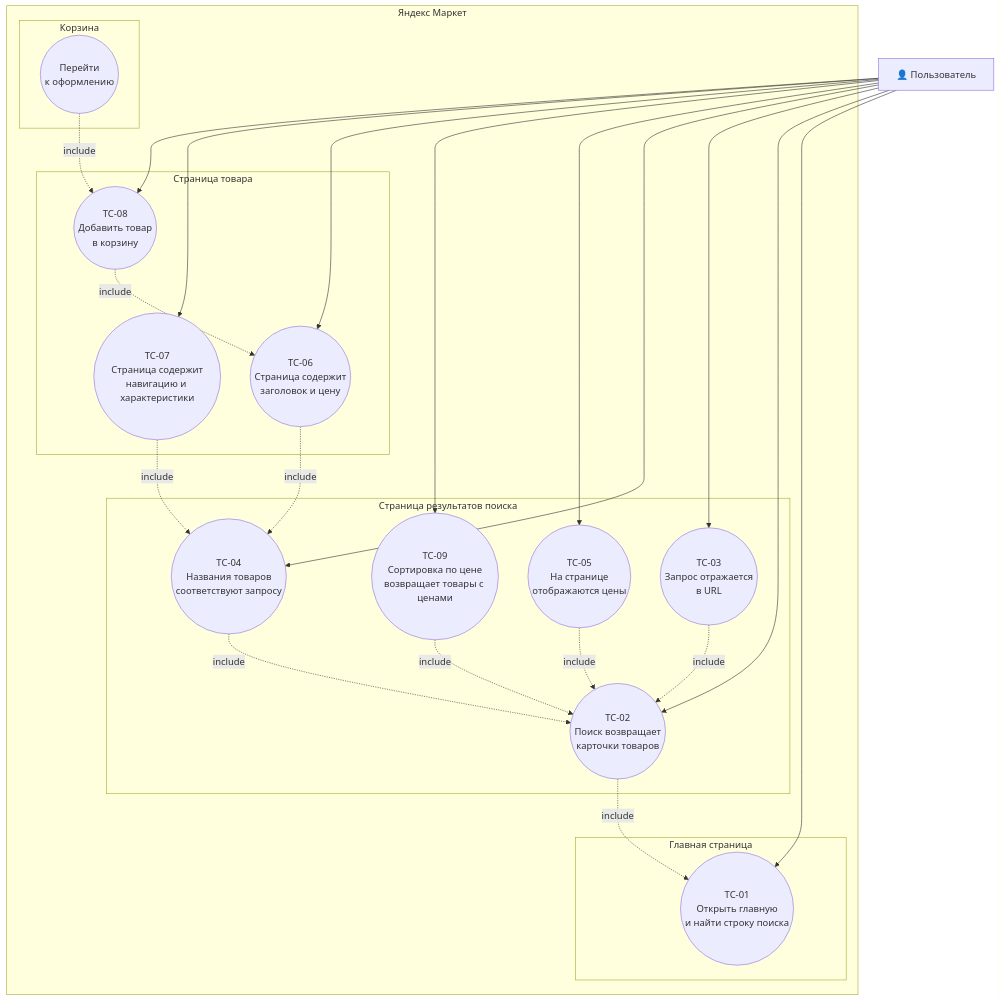
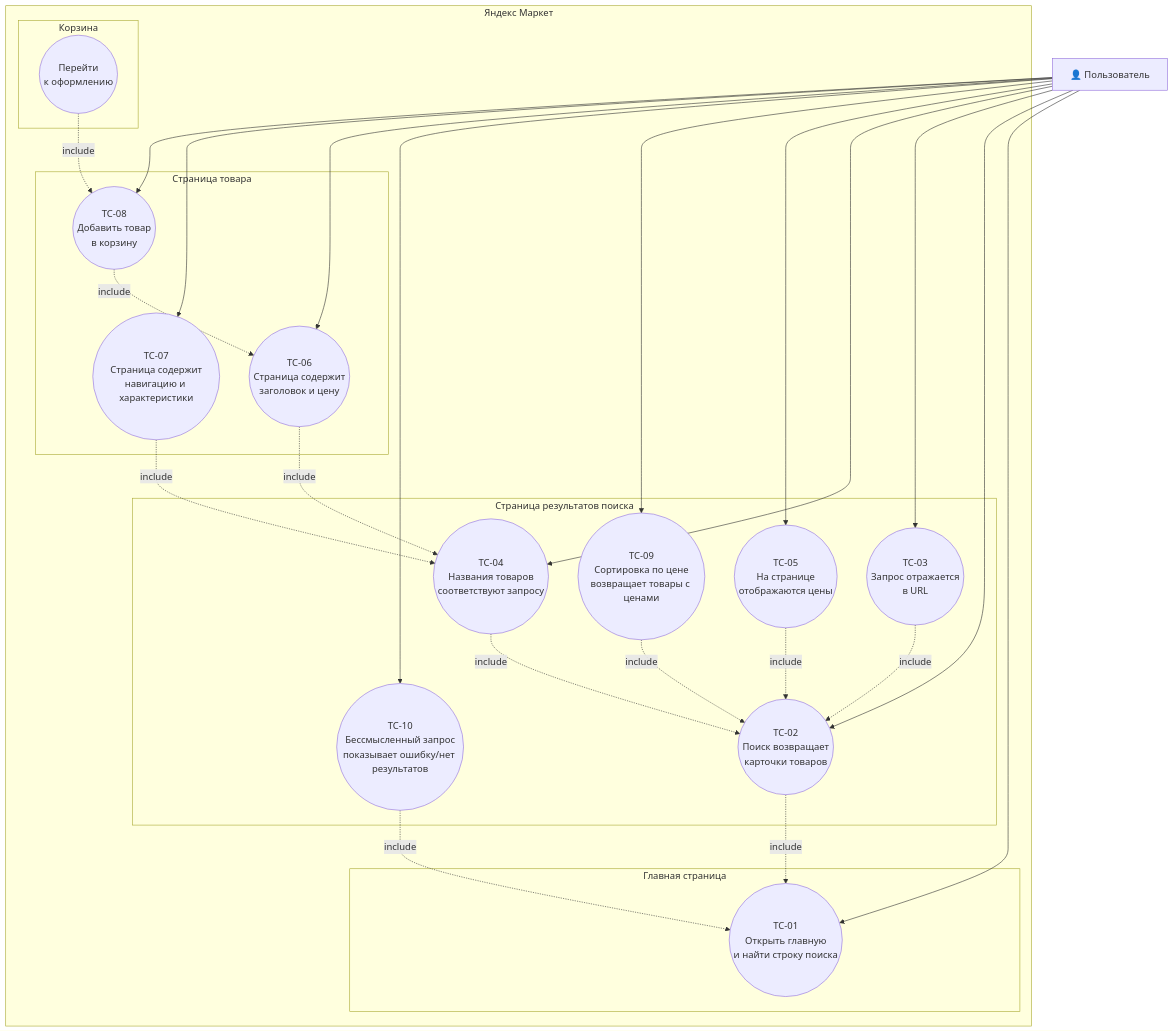
One commit to awesoma31/qa_lab3 changed the second of 5 diagrams in use-cases.md. Above: the diagram before and after it, drawn with Mermaid. The commit also changed other lines of this file and 3 other files, not shown here.

````diff
--- a/use-cases.md
+++ b/use-cases.md
@@ -49,48 +49,51 @@
 ```mermaid
 graph TD
     U["👤 Пользователь"]
 
     subgraph YM["Яндекс Маркет"]
         subgraph Main["Главная страница"]
             UC01(("TC-01<br/>Открыть главную<br/>и найти строку поиска"))
         end
 
         subgraph Results["Страница результатов поиска"]
             UC02(("TC-02<br/>Поиск возвращает<br/>карточки товаров"))
             UC03(("TC-03<br/>Запрос отражается<br/>в URL"))
             UC04(("TC-04<br/>Названия товаров<br/>соответствуют запросу"))
             UC05(("TC-05<br/>На странице<br/>отображаются цены"))
             UC09(("TC-09<br/>Сортировка по цене<br/>возвращает товары с ценами"))
+            UC10(("TC-10<br/>Бессмысленный запрос<br/>показывает ошибку/нет результатов"))
         end
 
         subgraph Product["Страница товара"]
             UC06(("TC-06<br/>Страница содержит<br/>заголовок и цену"))
             UC07(("TC-07<br/>Страница содержит<br/>навигацию и характеристики"))
             UC08(("TC-08<br/>Добавить товар<br/>в корзину"))
         end
 
         subgraph Cart["Корзина"]
             UC08C(("Перейти<br/>к оформлению"))
         end
     end
 
     U --> UC01
     U --> UC02
     U --> UC03
     U --> UC04
     U --> UC05
     U --> UC09
+    U --> UC10
     U --> UC06
     U --> UC07
     U --> UC08
 
     UC02 -.->|"include"| UC01
     UC03 -.->|"include"| UC02
     UC04 -.->|"include"| UC02
     UC05 -.->|"include"| UC02
     UC09 -.->|"include"| UC02
+    UC10 -.->|"include"| UC01
     UC06 -.->|"include"| UC04
     UC07 -.->|"include"| UC04
     UC08 -.->|"include"| UC06
     UC08C -.->|"include"| UC08
 ```
````
